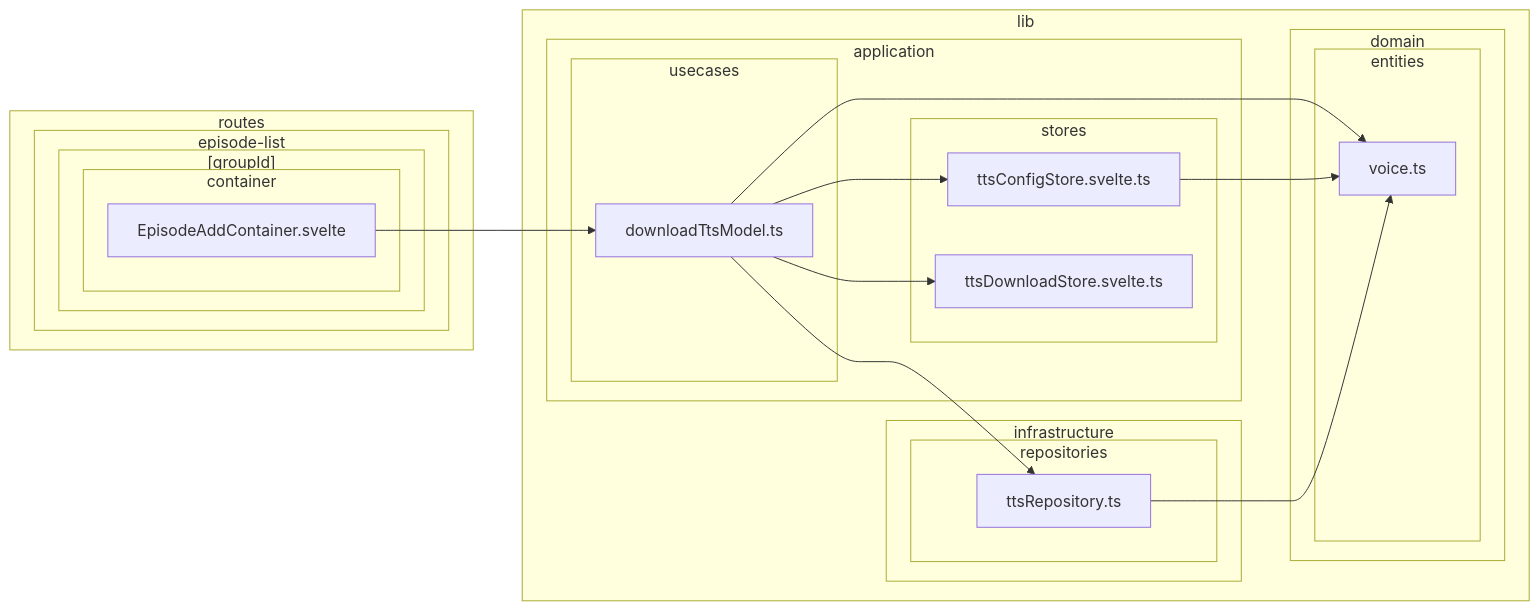
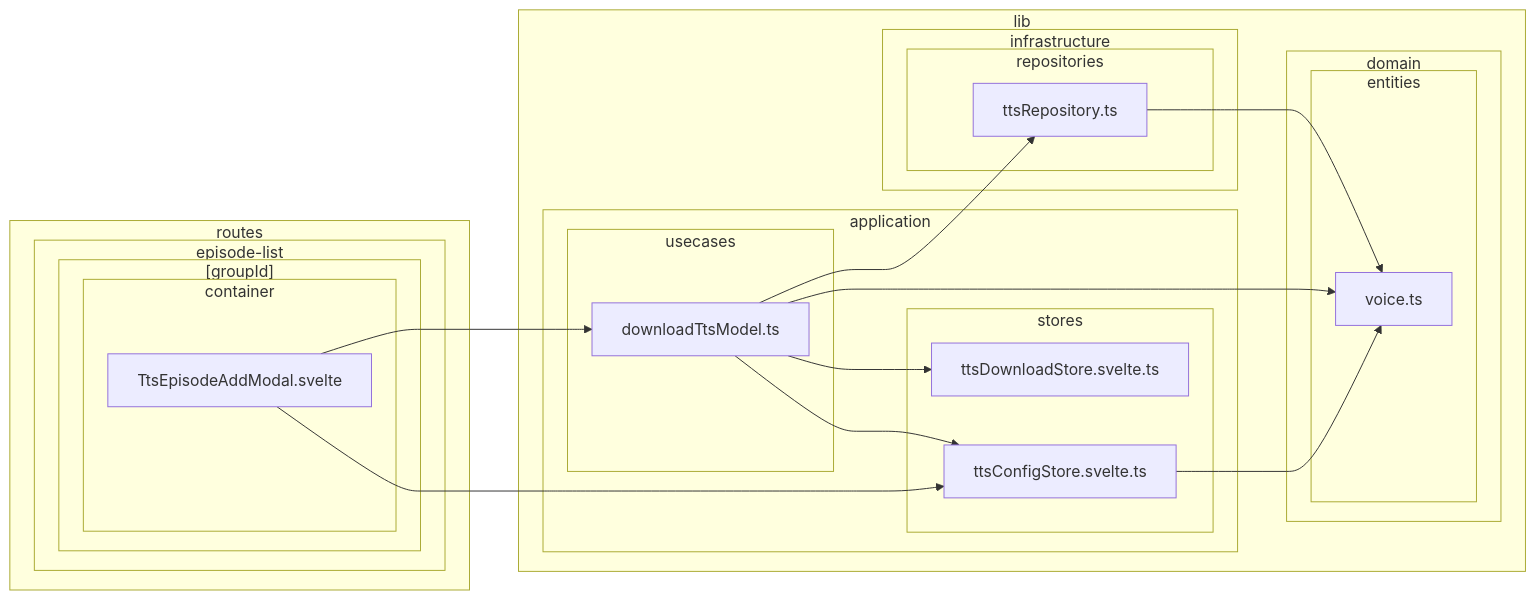
Diagram 12 of 38 in doc/dependency-graph.md (k5n/kotonoha), drawn with Mermaid before and after one commit. The commit also changed other lines of this file and 1 other file, not shown here.

Commit message:
refactor: Exclude i18n store from presentation layer dependency graphs to reduce noise

````diff
--- a/doc/dependency-graph.md
+++ b/doc/dependency-graph.md
@@ -593,40 +545,41 @@
 ```mermaid
 graph LR
         subgraph sg_lib ["lib"]
             subgraph sg_lib_application ["application"]
                 subgraph sg_lib_application_stores ["stores"]
                     src_lib_application_stores_ttsConfigStore_svelte_ts["ttsConfigStore.svelte.ts"]
                     src_lib_application_stores_ttsDownloadStore_svelte_ts["ttsDownloadStore.svelte.ts"]
                 end
                 subgraph sg_lib_application_usecases ["usecases"]
                     src_lib_application_usecases_downloadTtsModel_ts["downloadTtsModel.ts"]
                 end
             end
             subgraph sg_lib_domain ["domain"]
                 subgraph sg_lib_domain_entities ["entities"]
                     src_lib_domain_entities_voice_ts["voice.ts"]
                 end
             end
             subgraph sg_lib_infrastructure ["infrastructure"]
                 subgraph sg_lib_infrastructure_repositories ["repositories"]
                     src_lib_infrastructure_repositories_ttsRepository_ts["ttsRepository.ts"]
                 end
             end
         end
         subgraph sg_routes ["routes"]
             subgraph sg_routes_episode_list ["episode-list"]
                 subgraph sg_routes_episode_list__groupId_ ["[groupId]"]
                     subgraph sg_routes_episode_list__groupId__container ["container"]
-                        src_routes_episode_list__groupId__container_EpisodeAddContainer_svelte["EpisodeAddContainer.svelte"]
+                        src_routes_episode_list__groupId__container_TtsEpisodeAddModal_svelte["TtsEpisodeAddModal.svelte"]
                     end
                 end
             end
         end
     src_lib_application_usecases_downloadTtsModel_ts --> src_lib_application_stores_ttsConfigStore_svelte_ts
     src_lib_application_usecases_downloadTtsModel_ts --> src_lib_application_stores_ttsDownloadStore_svelte_ts
     src_lib_application_usecases_downloadTtsModel_ts --> src_lib_domain_entities_voice_ts
     src_lib_application_usecases_downloadTtsModel_ts --> src_lib_infrastructure_repositories_ttsRepository_ts
     src_lib_application_stores_ttsConfigStore_svelte_ts --> src_lib_domain_entities_voice_ts
     src_lib_infrastructure_repositories_ttsRepository_ts --> src_lib_domain_entities_voice_ts
-    src_routes_episode_list__groupId__container_EpisodeAddContainer_svelte --> src_lib_application_usecases_downloadTtsModel_ts
+    src_routes_episode_list__groupId__container_TtsEpisodeAddModal_svelte --> src_lib_application_stores_ttsConfigStore_svelte_ts
+    src_routes_episode_list__groupId__container_TtsEpisodeAddModal_svelte --> src_lib_application_usecases_downloadTtsModel_ts
 ```
````
